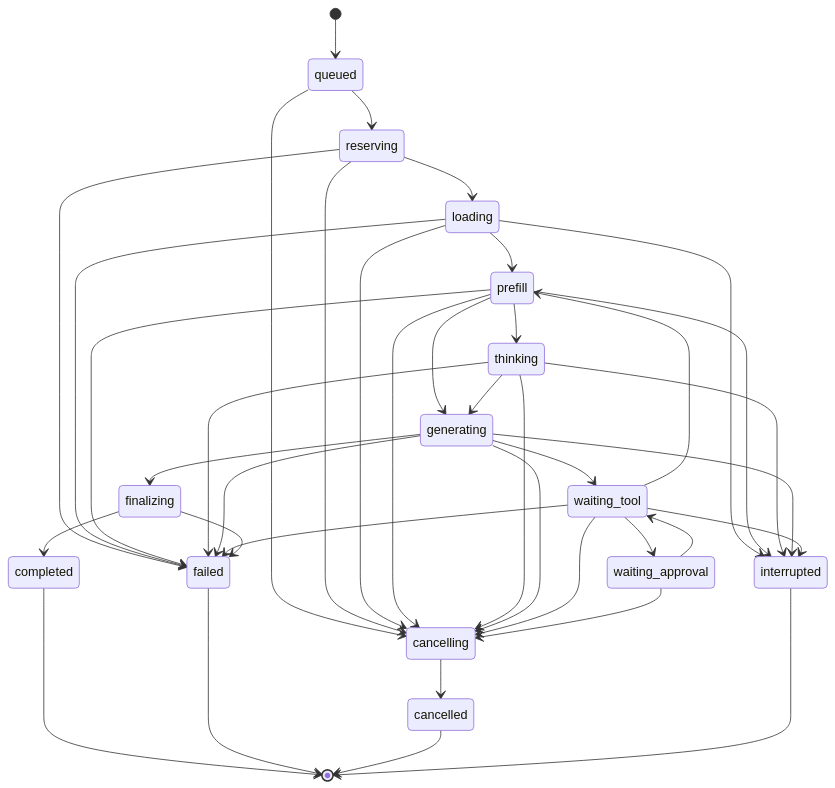
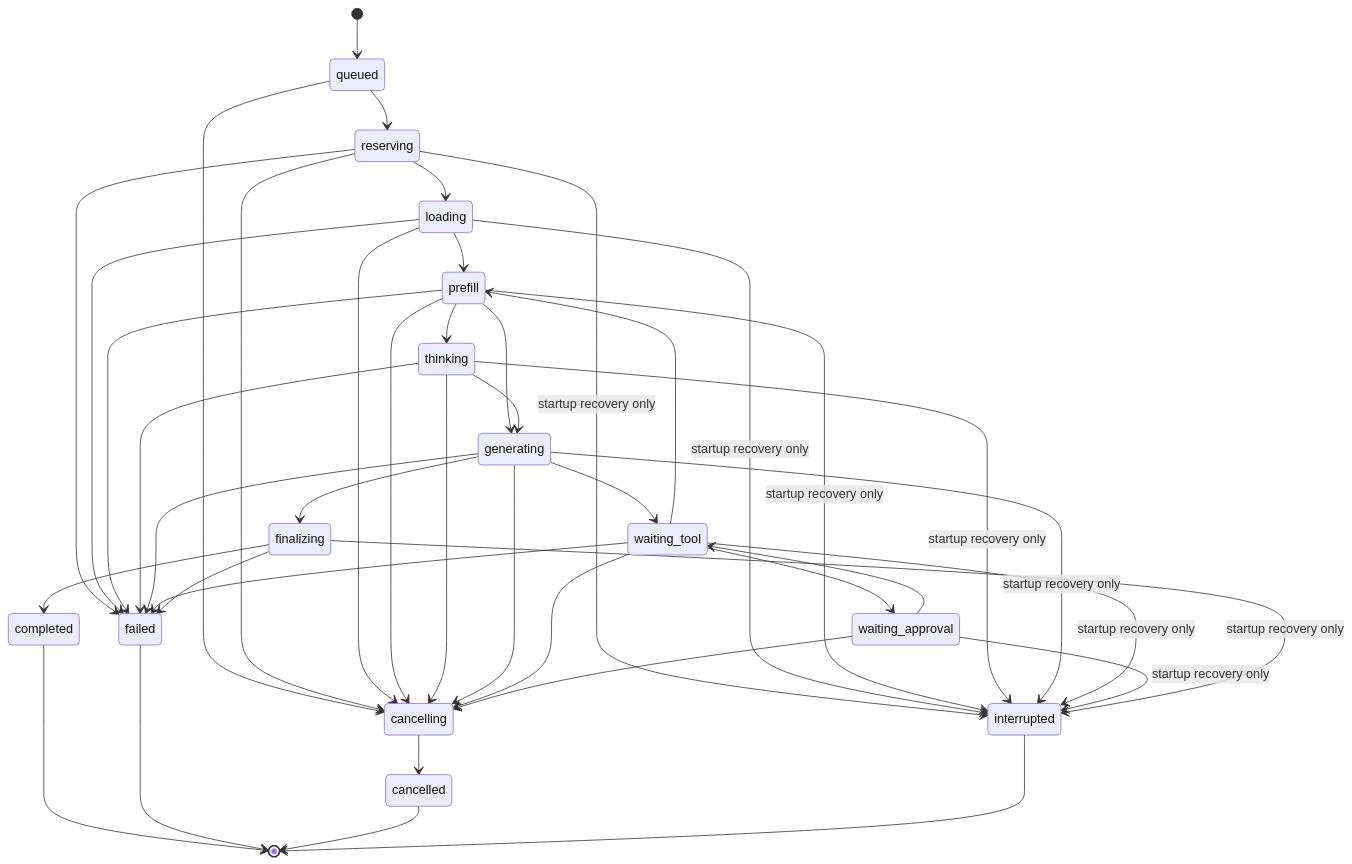
The diagram in docs/architecture/diagrams/job-state.mmd (MattoYuzuru/Guanxi), drawn with Mermaid before and after one commit. The commit also changed other lines of this file and 10 other files, not shown here.

Commit message:
docs: record P1-E startup recovery evidence

```diff
--- a/docs/architecture/diagrams/job-state.mmd
+++ b/docs/architecture/diagrams/job-state.mmd
@@ -1,43 +1,46 @@
 stateDiagram-v2
     [*] --> queued
     queued --> reserving
     reserving --> loading
     loading --> prefill
     prefill --> thinking
     prefill --> generating
     thinking --> generating
     generating --> waiting_tool
     waiting_tool --> waiting_approval
     waiting_approval --> waiting_tool
     waiting_tool --> prefill
     generating --> finalizing
     finalizing --> completed
 
     queued --> cancelling
     reserving --> cancelling
     loading --> cancelling
     prefill --> cancelling
     thinking --> cancelling
     generating --> cancelling
     waiting_tool --> cancelling
     waiting_approval --> cancelling
     cancelling --> cancelled
 
     reserving --> failed
     loading --> failed
     prefill --> failed
     thinking --> failed
     generating --> failed
     waiting_tool --> failed
     finalizing --> failed
 
-    loading --> interrupted
-    prefill --> interrupted
-    thinking --> interrupted
-    generating --> interrupted
-    waiting_tool --> interrupted
+    reserving --> interrupted: startup recovery only
+    loading --> interrupted: startup recovery only
+    prefill --> interrupted: startup recovery only
+    thinking --> interrupted: startup recovery only
+    generating --> interrupted: startup recovery only
+    waiting_tool --> interrupted: startup recovery only
+    waiting_approval --> interrupted: startup recovery only
+    finalizing --> interrupted: startup recovery only
 
     completed --> [*]
     failed --> [*]
     cancelled --> [*]
     interrupted --> [*]
```
